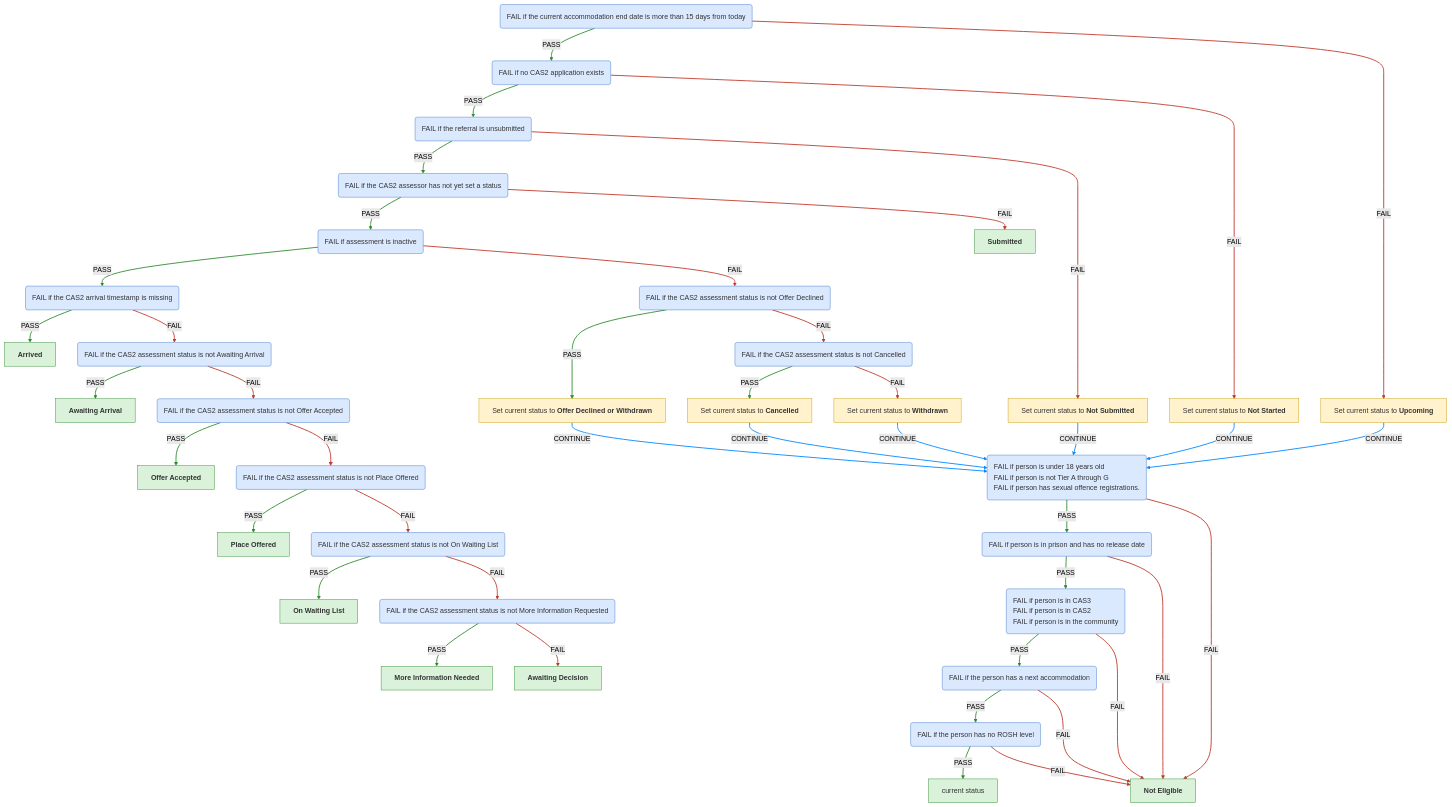
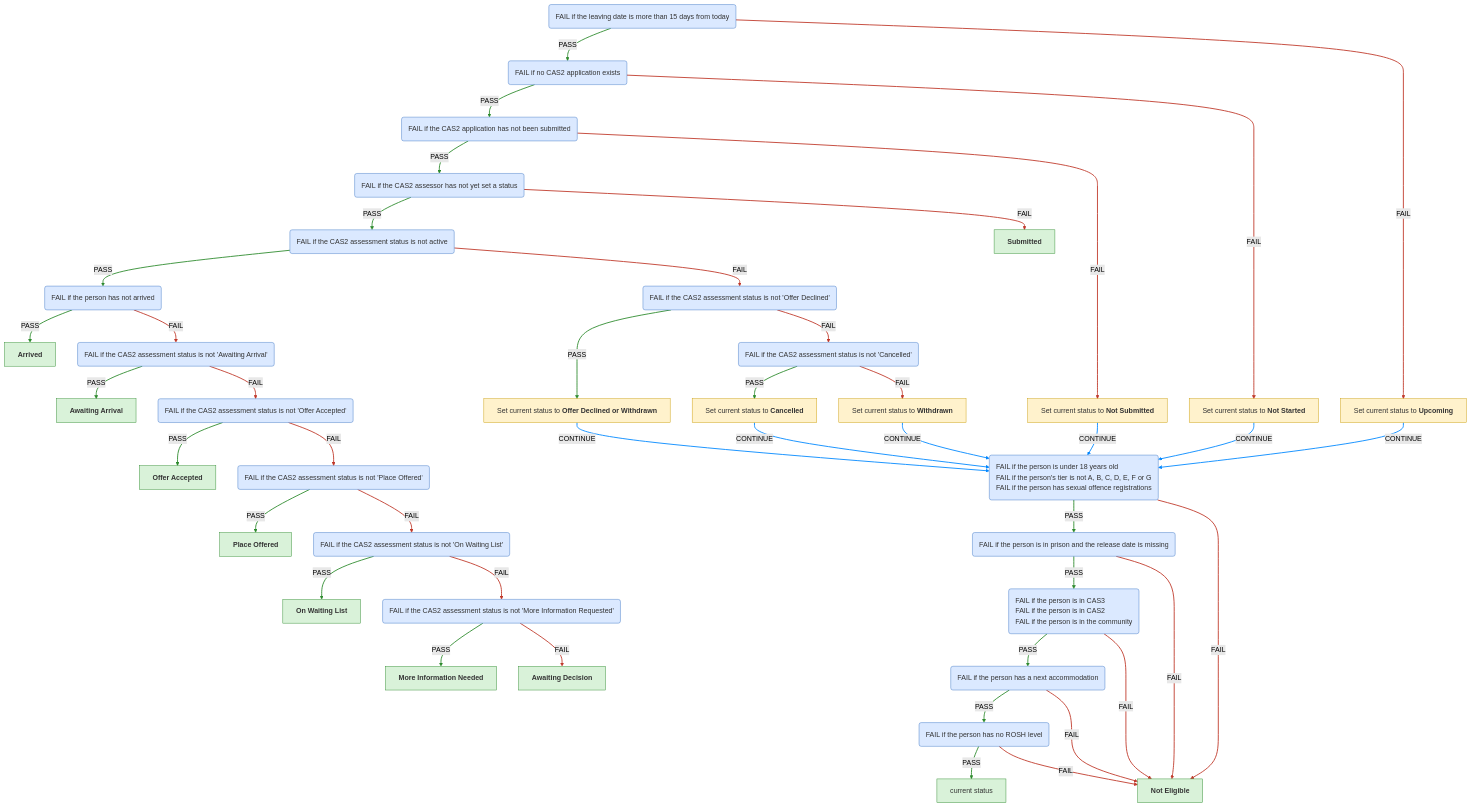
One commit to ministryofjustice/hmpps-single-accommodation-service-api changed the second of 6 diagrams in docs/eligibility-rules-graph.md. Above: the diagram before and after it, drawn with Mermaid (forest theme). The commit also changed other lines of this file and 260 other files, not shown here.

Commit message:
chore/SAS-1544-Review-FAIL-and-PASS-text-and-file-naming-for-rules-engine

````diff
--- a/docs/eligibility-rules-graph.md
+++ b/docs/eligibility-rules-graph.md
@@ -238,93 +238,93 @@
 ```mermaid
 %%{init: {"flowchart": {"wrappingWidth": 800}}}%%
 flowchart TD
-  PASS_if_the_current_accommodation_end_date_is_missing_or_within_15_days_of_today("<div style='text-align:left'>FAIL if the current accommodation end date is more than 15 days from today</div>")
+  PASS_if_the_leaving_date_is_missing_or_within_15_days_of_today("<div style='text-align:left'>FAIL if the leaving date is more than 15 days from today</div>")
   PASS_if_a_CAS2_application_exists("<div style='text-align:left'>FAIL if no CAS2 application exists</div>")
-  PASS_if_the_CAS2_application_is_submitted("<div style='text-align:left'>FAIL if the referral is unsubmitted</div>")
+  PASS_if_the_CAS2_application_is_submitted("<div style='text-align:left'>FAIL if the CAS2 application has not been submitted</div>")
   PASS_if_the_CAS2_assessment_status_is_present("<div style='text-align:left'>FAIL if the CAS2 assessor has not yet set a status</div>")
-  PASS_if_the_CAS2_assessment_status_is_active("<div style='text-align:left'>FAIL if assessment is inactive</div>")
-  PASS_if_CAS2_is_marked_as_arrived("<div style='text-align:left'>FAIL if the CAS2 arrival timestamp is missing</div>")
+  PASS_if_the_CAS2_assessment_status_is_active("<div style='text-align:left'>FAIL if the CAS2 assessment status is not active</div>")
+  PASS_if_the_CAS2_arrival_timestamp_is_present("<div style='text-align:left'>FAIL if the person has not arrived</div>")
   CAS2_ARRIVED["<b>Arrived</b>"]
-  PASS_if_the_CAS2_assessment_status_is_Awaiting_Arrival("<div style='text-align:left'>FAIL if the CAS2 assessment status is not Awaiting Arrival</div>")
+  PASS_if_the_CAS2_assessment_status_is__Awaiting_Arrival_("<div style='text-align:left'>FAIL if the CAS2 assessment status is not 'Awaiting Arrival'</div>")
   CAS2_AWAITING_ARRIVAL["<b>Awaiting Arrival</b>"]
-  PASS_if_the_CAS2_assessment_status_is_Offer_Accepted("<div style='text-align:left'>FAIL if the CAS2 assessment status is not Offer Accepted</div>")
+  PASS_if_the_CAS2_assessment_status_is__Offer_Accepted_("<div style='text-align:left'>FAIL if the CAS2 assessment status is not 'Offer Accepted'</div>")
   CAS2_OFFER_ACCEPTED["<b>Offer Accepted</b>"]
-  PASS_if_the_CAS2_assessment_status_is_Place_Offered("<div style='text-align:left'>FAIL if the CAS2 assessment status is not Place Offered</div>")
+  PASS_if_the_CAS2_assessment_status_is__Place_Offered_("<div style='text-align:left'>FAIL if the CAS2 assessment status is not 'Place Offered'</div>")
   CAS2_PLACE_OFFERED["<b>Place Offered</b>"]
-  PASS_if_the_CAS2_assessment_status_is_On_Waiting_List("<div style='text-align:left'>FAIL if the CAS2 assessment status is not On Waiting List</div>")
+  PASS_if_the_CAS2_assessment_status_is__On_Waiting_List_("<div style='text-align:left'>FAIL if the CAS2 assessment status is not 'On Waiting List'</div>")
   CAS2_ON_WAITING_LIST["<b>On Waiting List</b>"]
-  PASS_if_the_CAS2_assessment_status_is_More_Information_Requested("<div style='text-align:left'>FAIL if the CAS2 assessment status is not More Information Requested</div>")
+  PASS_if_the_CAS2_assessment_status_is__More_Information_Requested_("<div style='text-align:left'>FAIL if the CAS2 assessment status is not 'More Information Requested'</div>")
   CAS2_MORE_INFORMATION_NEEDED["<b>More Information Needed</b>"]
   CAS2_AWAITING_DECISION["<b>Awaiting Decision</b>"]
-  PASS_if_the_CAS2_assessment_status_is_Offer_Declined("<div style='text-align:left'>FAIL if the CAS2 assessment status is not Offer Declined</div>")
-  Person_Eligible("<div style='text-align:left'>FAIL if person is under 18 years old
-FAIL if person is not Tier A through G
-FAIL if person has sexual offence registrations.</div>")
-  Release_Date_Eligible("<div style='text-align:left'>FAIL if person is in prison and has no release date</div>")
-  Current_Accommodation_Eligible_For_CAS2("<div style='text-align:left'>FAIL if person is in CAS3
-FAIL if person is in CAS2
-FAIL if person is in the community</div>")
+  PASS_if_the_CAS2_assessment_status_is__Offer_Declined_("<div style='text-align:left'>FAIL if the CAS2 assessment status is not 'Offer Declined'</div>")
+  PASS_if_the_person_is_eligible("<div style='text-align:left'>FAIL if the person is under 18 years old
+FAIL if the person's tier is not A, B, C, D, E, F or G
+FAIL if the person has sexual offence registrations</div>")
+  PASS_if_the_person_is_not_in_prison__or_is_in_prison_with_no_release_date("<div style='text-align:left'>FAIL if the person is in prison and the release date is missing</div>")
+  PASS_if_the_person_is_not_in_CAS2__CAS3_or_the_community("<div style='text-align:left'>FAIL if the person is in CAS3
+FAIL if the person is in CAS2
+FAIL if the person is in the community</div>")
   PASS_if_the_person_has_no_next_accommodation("<div style='text-align:left'>FAIL if the person has a next accommodation</div>")
   PASS_if_the_person_has_a_ROSH_level("<div style='text-align:left'>FAIL if the person has no ROSH level</div>")
   confirmed["current status"]
   CAS2_NOT_ELIGIBLE["<b>Not Eligible</b>"]
-  updater_Cas2OfferDeclinedContextUpdater_Person_Eligible["Set current status to <b>Offer Declined or Withdrawn</b>"]
-  PASS_if_the_CAS2_assessment_status_is_Cancelled("<div style='text-align:left'>FAIL if the CAS2 assessment status is not Cancelled</div>")
-  updater_Cas2CancelledContextUpdater_Person_Eligible["Set current status to <b>Cancelled</b>"]
-  updater_Cas2WithdrawnContextUpdater_Person_Eligible["Set current status to <b>Withdrawn</b>"]
+  updater_Cas2OfferDeclinedContextUpdater_PASS_if_the_person_is_eligible["Set current status to <b>Offer Declined or Withdrawn</b>"]
+  PASS_if_the_CAS2_assessment_status_is__Cancelled_("<div style='text-align:left'>FAIL if the CAS2 assessment status is not 'Cancelled'</div>")
+  updater_Cas2CancelledContextUpdater_PASS_if_the_person_is_eligible["Set current status to <b>Cancelled</b>"]
+  updater_Cas2WithdrawnContextUpdater_PASS_if_the_person_is_eligible["Set current status to <b>Withdrawn</b>"]
   CAS2_SUBMITTED["<b>Submitted</b>"]
-  updater_Cas2NotSubmittedContextUpdater_Person_Eligible["Set current status to <b>Not Submitted</b>"]
-  updater_Cas2NotStartedContextUpdater_Person_Eligible["Set current status to <b>Not Started</b>"]
-  updater_Cas2UpcomingContextUpdater_Person_Eligible["Set current status to <b>Upcoming</b>"]
-  PASS_if_CAS2_is_marked_as_arrived -->|PASS| CAS2_ARRIVED
-  PASS_if_the_CAS2_assessment_status_is_Awaiting_Arrival -->|PASS| CAS2_AWAITING_ARRIVAL
-  PASS_if_the_CAS2_assessment_status_is_Offer_Accepted -->|PASS| CAS2_OFFER_ACCEPTED
-  PASS_if_the_CAS2_assessment_status_is_Place_Offered -->|PASS| CAS2_PLACE_OFFERED
-  PASS_if_the_CAS2_assessment_status_is_On_Waiting_List -->|PASS| CAS2_ON_WAITING_LIST
-  PASS_if_the_CAS2_assessment_status_is_More_Information_Requested -->|PASS| CAS2_MORE_INFORMATION_NEEDED
-  PASS_if_the_CAS2_assessment_status_is_More_Information_Requested -->|FAIL| CAS2_AWAITING_DECISION
-  PASS_if_the_CAS2_assessment_status_is_On_Waiting_List -->|FAIL| PASS_if_the_CAS2_assessment_status_is_More_Information_Requested
-  PASS_if_the_CAS2_assessment_status_is_Place_Offered -->|FAIL| PASS_if_the_CAS2_assessment_status_is_On_Waiting_List
-  PASS_if_the_CAS2_assessment_status_is_Offer_Accepted -->|FAIL| PASS_if_the_CAS2_assessment_status_is_Place_Offered
-  PASS_if_the_CAS2_assessment_status_is_Awaiting_Arrival -->|FAIL| PASS_if_the_CAS2_assessment_status_is_Offer_Accepted
-  PASS_if_CAS2_is_marked_as_arrived -->|FAIL| PASS_if_the_CAS2_assessment_status_is_Awaiting_Arrival
-  PASS_if_the_CAS2_assessment_status_is_active -->|PASS| PASS_if_CAS2_is_marked_as_arrived
+  updater_Cas2NotSubmittedContextUpdater_PASS_if_the_person_is_eligible["Set current status to <b>Not Submitted</b>"]
+  updater_Cas2NotStartedContextUpdater_PASS_if_the_person_is_eligible["Set current status to <b>Not Started</b>"]
+  updater_Cas2UpcomingContextUpdater_PASS_if_the_person_is_eligible["Set current status to <b>Upcoming</b>"]
+  PASS_if_the_CAS2_arrival_timestamp_is_present -->|PASS| CAS2_ARRIVED
+  PASS_if_the_CAS2_assessment_status_is__Awaiting_Arrival_ -->|PASS| CAS2_AWAITING_ARRIVAL
+  PASS_if_the_CAS2_assessment_status_is__Offer_Accepted_ -->|PASS| CAS2_OFFER_ACCEPTED
+  PASS_if_the_CAS2_assessment_status_is__Place_Offered_ -->|PASS| CAS2_PLACE_OFFERED
+  PASS_if_the_CAS2_assessment_status_is__On_Waiting_List_ -->|PASS| CAS2_ON_WAITING_LIST
+  PASS_if_the_CAS2_assessment_status_is__More_Information_Requested_ -->|PASS| CAS2_MORE_INFORMATION_NEEDED
+  PASS_if_the_CAS2_assessment_status_is__More_Information_Requested_ -->|FAIL| CAS2_AWAITING_DECISION
+  PASS_if_the_CAS2_assessment_status_is__On_Waiting_List_ -->|FAIL| PASS_if_the_CAS2_assessment_status_is__More_Information_Requested_
+  PASS_if_the_CAS2_assessment_status_is__Place_Offered_ -->|FAIL| PASS_if_the_CAS2_assessment_status_is__On_Waiting_List_
+  PASS_if_the_CAS2_assessment_status_is__Offer_Accepted_ -->|FAIL| PASS_if_the_CAS2_assessment_status_is__Place_Offered_
+  PASS_if_the_CAS2_assessment_status_is__Awaiting_Arrival_ -->|FAIL| PASS_if_the_CAS2_assessment_status_is__Offer_Accepted_
+  PASS_if_the_CAS2_arrival_timestamp_is_present -->|FAIL| PASS_if_the_CAS2_assessment_status_is__Awaiting_Arrival_
+  PASS_if_the_CAS2_assessment_status_is_active -->|PASS| PASS_if_the_CAS2_arrival_timestamp_is_present
   PASS_if_the_person_has_a_ROSH_level -->|PASS| confirmed
   PASS_if_the_person_has_a_ROSH_level -->|FAIL| CAS2_NOT_ELIGIBLE
   PASS_if_the_person_has_no_next_accommodation -->|PASS| PASS_if_the_person_has_a_ROSH_level
   PASS_if_the_person_has_no_next_accommodation -->|FAIL| CAS2_NOT_ELIGIBLE
-  Current_Accommodation_Eligible_For_CAS2 -->|PASS| PASS_if_the_person_has_no_next_accommodation
-  Current_Accommodation_Eligible_For_CAS2 -->|FAIL| CAS2_NOT_ELIGIBLE
-  Release_Date_Eligible -->|PASS| Current_Accommodation_Eligible_For_CAS2
-  Release_Date_Eligible -->|FAIL| CAS2_NOT_ELIGIBLE
-  Person_Eligible -->|PASS| Release_Date_Eligible
-  Person_Eligible -->|FAIL| CAS2_NOT_ELIGIBLE
-  PASS_if_the_CAS2_assessment_status_is_Offer_Declined -->|PASS| updater_Cas2OfferDeclinedContextUpdater_Person_Eligible
-  updater_Cas2OfferDeclinedContextUpdater_Person_Eligible -->|CONTINUE| Person_Eligible
-  PASS_if_the_CAS2_assessment_status_is_Cancelled -->|PASS| updater_Cas2CancelledContextUpdater_Person_Eligible
-  updater_Cas2CancelledContextUpdater_Person_Eligible -->|CONTINUE| Person_Eligible
-  PASS_if_the_CAS2_assessment_status_is_Cancelled -->|FAIL| updater_Cas2WithdrawnContextUpdater_Person_Eligible
-  updater_Cas2WithdrawnContextUpdater_Person_Eligible -->|CONTINUE| Person_Eligible
-  PASS_if_the_CAS2_assessment_status_is_Offer_Declined -->|FAIL| PASS_if_the_CAS2_assessment_status_is_Cancelled
-  PASS_if_the_CAS2_assessment_status_is_active -->|FAIL| PASS_if_the_CAS2_assessment_status_is_Offer_Declined
+  PASS_if_the_person_is_not_in_CAS2__CAS3_or_the_community -->|PASS| PASS_if_the_person_has_no_next_accommodation
+  PASS_if_the_person_is_not_in_CAS2__CAS3_or_the_community -->|FAIL| CAS2_NOT_ELIGIBLE
+  PASS_if_the_person_is_not_in_prison__or_is_in_prison_with_no_release_date -->|PASS| PASS_if_the_person_is_not_in_CAS2__CAS3_or_the_community
+  PASS_if_the_person_is_not_in_prison__or_is_in_prison_with_no_release_date -->|FAIL| CAS2_NOT_ELIGIBLE
+  PASS_if_the_person_is_eligible -->|PASS| PASS_if_the_person_is_not_in_prison__or_is_in_prison_with_no_release_date
+  PASS_if_the_person_is_eligible -->|FAIL| CAS2_NOT_ELIGIBLE
+  PASS_if_the_CAS2_assessment_status_is__Offer_Declined_ -->|PASS| updater_Cas2OfferDeclinedContextUpdater_PASS_if_the_person_is_eligible
+  updater_Cas2OfferDeclinedContextUpdater_PASS_if_the_person_is_eligible -->|CONTINUE| PASS_if_the_person_is_eligible
+  PASS_if_the_CAS2_assessment_status_is__Cancelled_ -->|PASS| updater_Cas2CancelledContextUpdater_PASS_if_the_person_is_eligible
+  updater_Cas2CancelledContextUpdater_PASS_if_the_person_is_eligible -->|CONTINUE| PASS_if_the_person_is_eligible
+  PASS_if_the_CAS2_assessment_status_is__Cancelled_ -->|FAIL| updater_Cas2WithdrawnContextUpdater_PASS_if_the_person_is_eligible
+  updater_Cas2WithdrawnContextUpdater_PASS_if_the_person_is_eligible -->|CONTINUE| PASS_if_the_person_is_eligible
+  PASS_if_the_CAS2_assessment_status_is__Offer_Declined_ -->|FAIL| PASS_if_the_CAS2_assessment_status_is__Cancelled_
+  PASS_if_the_CAS2_assessment_status_is_active -->|FAIL| PASS_if_the_CAS2_assessment_status_is__Offer_Declined_
   PASS_if_the_CAS2_assessment_status_is_present -->|PASS| PASS_if_the_CAS2_assessment_status_is_active
   PASS_if_the_CAS2_assessment_status_is_present -->|FAIL| CAS2_SUBMITTED
   PASS_if_the_CAS2_application_is_submitted -->|PASS| PASS_if_the_CAS2_assessment_status_is_present
-  PASS_if_the_CAS2_application_is_submitted -->|FAIL| updater_Cas2NotSubmittedContextUpdater_Person_Eligible
-  updater_Cas2NotSubmittedContextUpdater_Person_Eligible -->|CONTINUE| Person_Eligible
+  PASS_if_the_CAS2_application_is_submitted -->|FAIL| updater_Cas2NotSubmittedContextUpdater_PASS_if_the_person_is_eligible
+  updater_Cas2NotSubmittedContextUpdater_PASS_if_the_person_is_eligible -->|CONTINUE| PASS_if_the_person_is_eligible
   PASS_if_a_CAS2_application_exists -->|PASS| PASS_if_the_CAS2_application_is_submitted
-  PASS_if_a_CAS2_application_exists -->|FAIL| updater_Cas2NotStartedContextUpdater_Person_Eligible
-  updater_Cas2NotStartedContextUpdater_Person_Eligible -->|CONTINUE| Person_Eligible
-  PASS_if_the_current_accommodation_end_date_is_missing_or_within_15_days_of_today -->|PASS| PASS_if_a_CAS2_application_exists
-  PASS_if_the_current_accommodation_end_date_is_missing_or_within_15_days_of_today -->|FAIL| updater_Cas2UpcomingContextUpdater_Person_Eligible
-  updater_Cas2UpcomingContextUpdater_Person_Eligible -->|CONTINUE| Person_Eligible
+  PASS_if_a_CAS2_application_exists -->|FAIL| updater_Cas2NotStartedContextUpdater_PASS_if_the_person_is_eligible
+  updater_Cas2NotStartedContextUpdater_PASS_if_the_person_is_eligible -->|CONTINUE| PASS_if_the_person_is_eligible
+  PASS_if_the_leaving_date_is_missing_or_within_15_days_of_today -->|PASS| PASS_if_a_CAS2_application_exists
+  PASS_if_the_leaving_date_is_missing_or_within_15_days_of_today -->|FAIL| updater_Cas2UpcomingContextUpdater_PASS_if_the_person_is_eligible
+  updater_Cas2UpcomingContextUpdater_PASS_if_the_person_is_eligible -->|CONTINUE| PASS_if_the_person_is_eligible
   linkStyle 0,1,2,3,4,5,12,13,15,17,19,21,23,25,31,33,36,39 stroke:#2e8b2e,stroke-width:2px
   linkStyle 6,7,8,9,10,11,14,16,18,20,22,27,29,30,32,34,37,40 stroke:#c0392b,stroke-width:2px
   linkStyle 24,26,28,35,38,41 stroke:#0088ff,stroke-width:2px
   classDef ruleSetNode fill:#dbe9ff,stroke:#3b73c4,color:#333
   classDef outcomeNode fill:#d9f2d9,stroke:#2e8b2e,color:#333
   classDef updaterNode fill:#fff2cc,stroke:#c99a00,color:#333
-  class PASS_if_the_current_accommodation_end_date_is_missing_or_within_15_days_of_today,PASS_if_a_CAS2_application_exists,PASS_if_the_CAS2_application_is_submitted,PASS_if_the_CAS2_assessment_status_is_present,PASS_if_the_CAS2_assessment_status_is_active,PASS_if_CAS2_is_marked_as_arrived,PASS_if_the_CAS2_assessment_status_is_Awaiting_Arrival,PASS_if_the_CAS2_assessment_status_is_Offer_Accepted,PASS_if_the_CAS2_assessment_status_is_Place_Offered,PASS_if_the_CAS2_assessment_status_is_On_Waiting_List,PASS_if_the_CAS2_assessment_status_is_More_Information_Requested,PASS_if_the_CAS2_assessment_status_is_Offer_Declined,Person_Eligible,Release_Date_Eligible,Current_Accommodation_Eligible_For_CAS2,PASS_if_the_person_has_no_next_accommodation,PASS_if_the_person_has_a_ROSH_level,PASS_if_the_CAS2_assessment_status_is_Cancelled ruleSetNode
+  class PASS_if_the_leaving_date_is_missing_or_within_15_days_of_today,PASS_if_a_CAS2_application_exists,PASS_if_the_CAS2_application_is_submitted,PASS_if_the_CAS2_assessment_status_is_present,PASS_if_the_CAS2_assessment_status_is_active,PASS_if_the_CAS2_arrival_timestamp_is_present,PASS_if_the_CAS2_assessment_status_is__Awaiting_Arrival_,PASS_if_the_CAS2_assessment_status_is__Offer_Accepted_,PASS_if_the_CAS2_assessment_status_is__Place_Offered_,PASS_if_the_CAS2_assessment_status_is__On_Waiting_List_,PASS_if_the_CAS2_assessment_status_is__More_Information_Requested_,PASS_if_the_CAS2_assessment_status_is__Offer_Declined_,PASS_if_the_person_is_eligible,PASS_if_the_person_is_not_in_prison__or_is_in_prison_with_no_release_date,PASS_if_the_person_is_not_in_CAS2__CAS3_or_the_community,PASS_if_the_person_has_no_next_accommodation,PASS_if_the_person_has_a_ROSH_level,PASS_if_the_CAS2_assessment_status_is__Cancelled_ ruleSetNode
   class CAS2_ARRIVED,CAS2_AWAITING_ARRIVAL,CAS2_OFFER_ACCEPTED,CAS2_PLACE_OFFERED,CAS2_ON_WAITING_LIST,CAS2_MORE_INFORMATION_NEEDED,CAS2_AWAITING_DECISION,confirmed,CAS2_NOT_ELIGIBLE,CAS2_SUBMITTED outcomeNode
-  class updater_Cas2OfferDeclinedContextUpdater_Person_Eligible,updater_Cas2CancelledContextUpdater_Person_Eligible,updater_Cas2WithdrawnContextUpdater_Person_Eligible,updater_Cas2NotSubmittedContextUpdater_Person_Eligible,updater_Cas2NotStartedContextUpdater_Person_Eligible,updater_Cas2UpcomingContextUpdater_Person_Eligible updaterNode
+  class updater_Cas2OfferDeclinedContextUpdater_PASS_if_the_person_is_eligible,updater_Cas2CancelledContextUpdater_PASS_if_the_person_is_eligible,updater_Cas2WithdrawnContextUpdater_PASS_if_the_person_is_eligible,updater_Cas2NotSubmittedContextUpdater_PASS_if_the_person_is_eligible,updater_Cas2NotStartedContextUpdater_PASS_if_the_person_is_eligible,updater_Cas2UpcomingContextUpdater_PASS_if_the_person_is_eligible updaterNode
 ```
````
